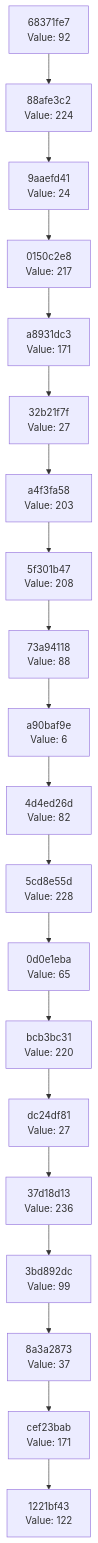
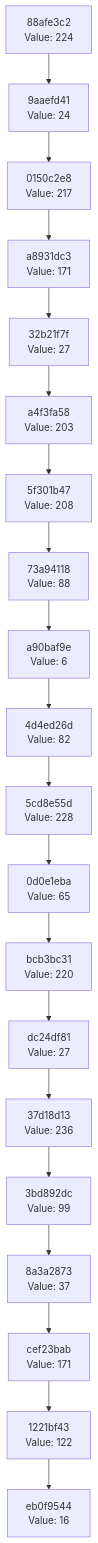
The diagram in docs/CHAIN_VISUALIZATION.md (Abhisheksinha1506/hash-chain-evolver), drawn with Mermaid before and after one commit. The commit also changed 2 other files, not shown here.

Commit message:
Evolution Step

````diff
--- a/docs/CHAIN_VISUALIZATION.md
+++ b/docs/CHAIN_VISUALIZATION.md
@@ -3,42 +3,42 @@
 ```mermaid
 graph TD
-    C0["1221bf43<br/>Value: 122"]
-    C1["cef23bab<br/>Value: 171"]
+    C0["eb0f9544<br/>Value: 16"]
+    C1["1221bf43<br/>Value: 122"]
     C1 --> C0
-    C2["8a3a2873<br/>Value: 37"]
+    C2["cef23bab<br/>Value: 171"]
     C2 --> C1
-    C3["3bd892dc<br/>Value: 99"]
+    C3["8a3a2873<br/>Value: 37"]
     C3 --> C2
-    C4["37d18d13<br/>Value: 236"]
+    C4["3bd892dc<br/>Value: 99"]
     C4 --> C3
-    C5["dc24df81<br/>Value: 27"]
+    C5["37d18d13<br/>Value: 236"]
     C5 --> C4
-    C6["bcb3bc31<br/>Value: 220"]
+    C6["dc24df81<br/>Value: 27"]
     C6 --> C5
-    C7["0d0e1eba<br/>Value: 65"]
+    C7["bcb3bc31<br/>Value: 220"]
     C7 --> C6
-    C8["5cd8e55d<br/>Value: 228"]
+    C8["0d0e1eba<br/>Value: 65"]
     C8 --> C7
-    C9["4d4ed26d<br/>Value: 82"]
+    C9["5cd8e55d<br/>Value: 228"]
     C9 --> C8
-    C10["a90baf9e<br/>Value: 6"]
+    C10["4d4ed26d<br/>Value: 82"]
     C10 --> C9
-    C11["73a94118<br/>Value: 88"]
+    C11["a90baf9e<br/>Value: 6"]
     C11 --> C10
-    C12["5f301b47<br/>Value: 208"]
+    C12["73a94118<br/>Value: 88"]
     C12 --> C11
-    C13["a4f3fa58<br/>Value: 203"]
+    C13["5f301b47<br/>Value: 208"]
     C13 --> C12
-    C14["32b21f7f<br/>Value: 27"]
+    C14["a4f3fa58<br/>Value: 203"]
     C14 --> C13
-    C15["a8931dc3<br/>Value: 171"]
+    C15["32b21f7f<br/>Value: 27"]
     C15 --> C14
-    C16["0150c2e8<br/>Value: 217"]
+    C16["a8931dc3<br/>Value: 171"]
     C16 --> C15
-    C17["9aaefd41<br/>Value: 24"]
+    C17["0150c2e8<br/>Value: 217"]
     C17 --> C16
-    C18["88afe3c2<br/>Value: 224"]
+    C18["9aaefd41<br/>Value: 24"]
     C18 --> C17
-    C19["68371fe7<br/>Value: 92"]
+    C19["88afe3c2<br/>Value: 224"]
     C19 --> C18
 ```
````
